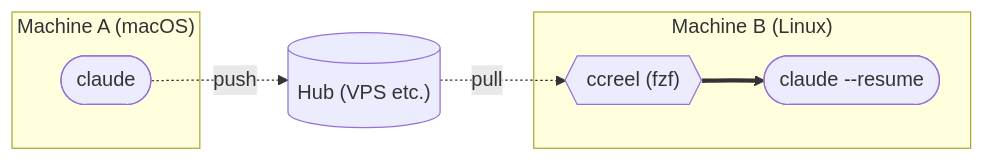
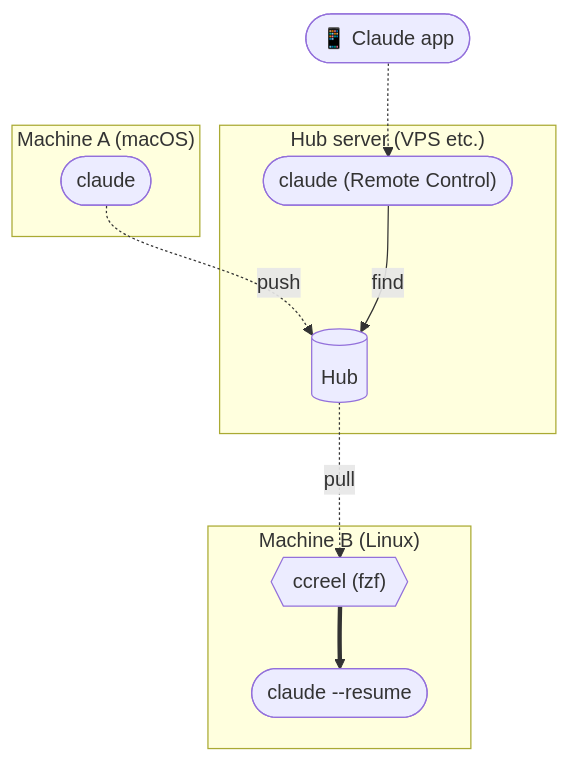
The second of 2 diagrams in README.en.md (yktsnet/ccreel), drawn with Mermaid before and after one commit. The commit also changed other lines of this file and 11 other files, not shown here.

First line of the commit message:
feat: read the hub directly on the server that holds it (#30)

````diff
--- a/README.en.md
+++ b/README.en.md
@@ -62,11 +63,16 @@
 ```mermaid
-flowchart LR
+flowchart TD
   subgraph A["Machine A (macOS)"]
     ca(["claude"])
   end
-  hub[("Hub (VPS etc.)")]
+  subgraph S["Hub server (VPS etc.)"]
+    hub[("Hub")]
+    rc(["claude (Remote Control)"])
+  end
   subgraph B["Machine B (Linux)"]
     fb{{"ccreel (fzf)"}} ==> rb(["claude --resume"])
   end
+  phone(["📱 Claude app"])
   ca -.->|push| hub -.->|pull| fb
+  phone -.-> rc -->|find| hub
 ```
````
